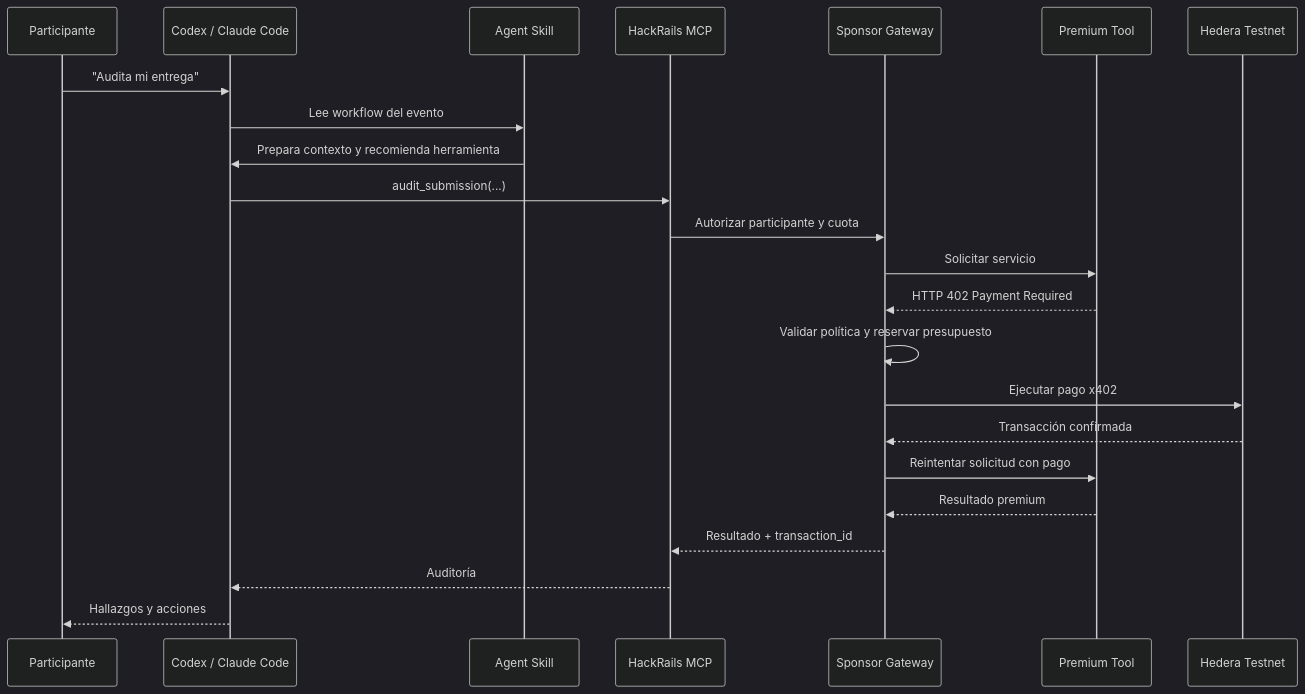
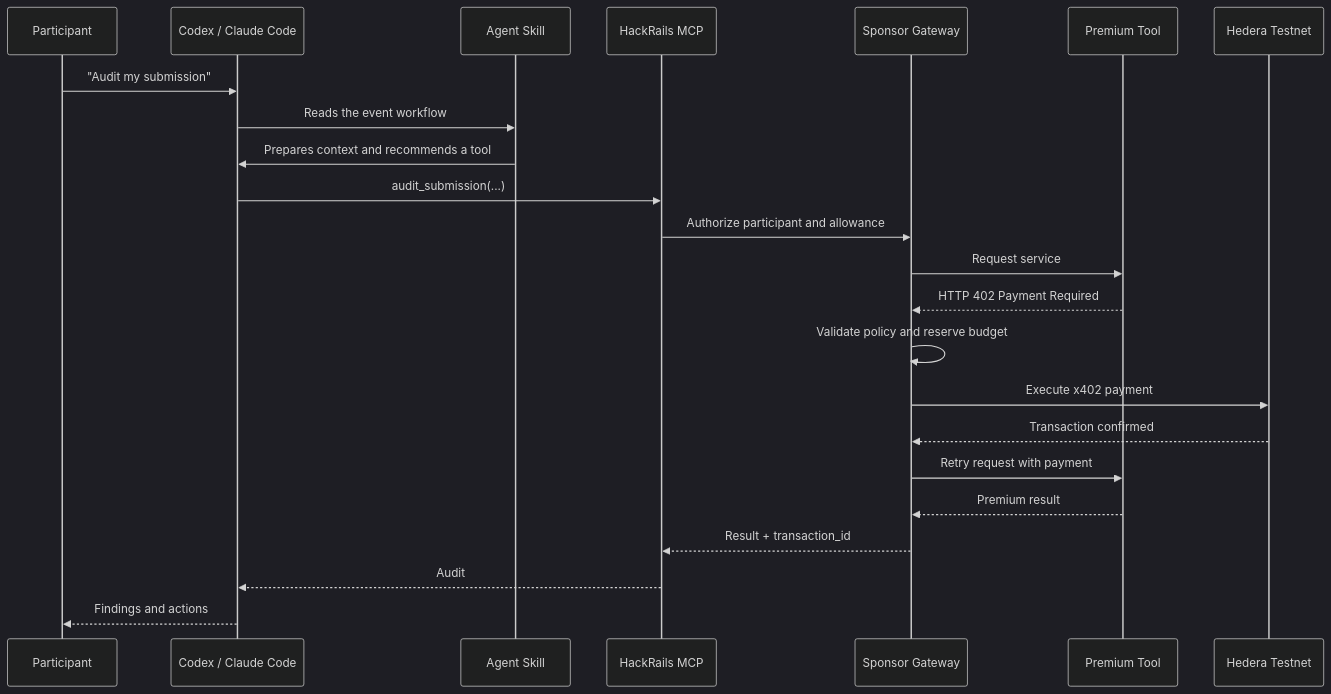
One commit to hallzyx/hackrails changed the first of 2 diagrams in hackrails-product-spec.md. Above: the diagram before and after it, drawn with Mermaid (dark theme). The commit also changed other lines of this file, not shown here.

````diff
--- a/hackrails-product-spec.md
+++ b/hackrails-product-spec.md
@@ -166,26 +166,26 @@
 ```mermaid
 sequenceDiagram
-    participant P as Participante
+    participant P as Participant
     participant A as Codex / Claude Code
     participant S as Agent Skill
     participant M as HackRails MCP
     participant G as Sponsor Gateway
     participant T as Premium Tool
     participant H as Hedera Testnet
 
-    P->>A: "Audita mi entrega"
-    A->>S: Lee workflow del evento
-    S->>A: Prepara contexto y recomienda herramienta
+    P->>A: "Audit my submission"
+    A->>S: Reads the event workflow
+    S->>A: Prepares context and recommends a tool
     A->>M: audit_submission(...)
-    M->>G: Autorizar participante y cuota
-    G->>T: Solicitar servicio
+    M->>G: Authorize participant and allowance
+    G->>T: Request service
     T-->>G: HTTP 402 Payment Required
-    G->>G: Validar política y reservar presupuesto
-    G->>H: Ejecutar pago x402
-    H-->>G: Transacción confirmada
-    G->>T: Reintentar solicitud con pago
-    T-->>G: Resultado premium
-    G-->>M: Resultado + transaction_id
-    M-->>A: Auditoría
-    A-->>P: Hallazgos y acciones
+    G->>G: Validate policy and reserve budget
+    G->>H: Execute x402 payment
+    H-->>G: Transaction confirmed
+    G->>T: Retry request with payment
+    T-->>G: Premium result
+    G-->>M: Result + transaction_id
+    M-->>A: Audit
+    A-->>P: Findings and actions
 ```
````
